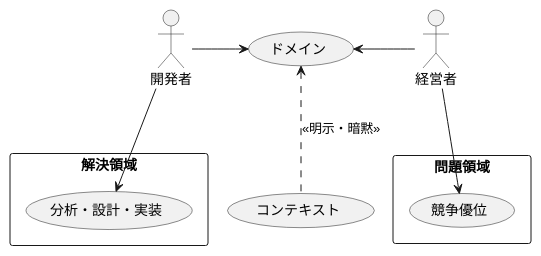
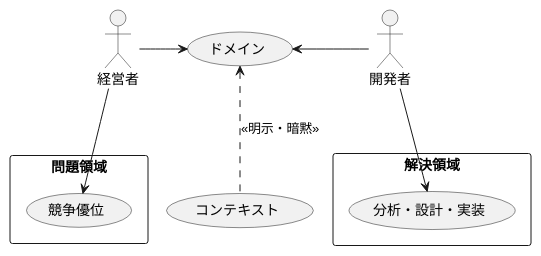
Before and after one commit to k2works/pragmatic-presentation-exercise-2024: diagram 17 of 19 in docs/slides/episode03.md, drawn with PlantUML. The commit also changed other lines of this file, not shown here.

````diff
--- a/docs/slides/episode03.md
+++ b/docs/slides/episode03.md
@@ -463,20 +613,20 @@
 ```plantuml
 @startuml
 
 actor "経営者" as Biz
 actor "開発者" as Dev
 
 rectangle "問題領域" {
 Biz --> (競争優位)
 }
-Dev -> (ドメイン)
+Biz -> (ドメイン)
 
 rectangle "解決領域" {
 Dev --> (分析・設計・実装)
 }
-(ドメイン) <- Biz
+(ドメイン) <- Dev
 
 (ドメイン) <.. (コンテキスト)  : <<明示・暗黙>>
 
 @enduml
 ```
````
